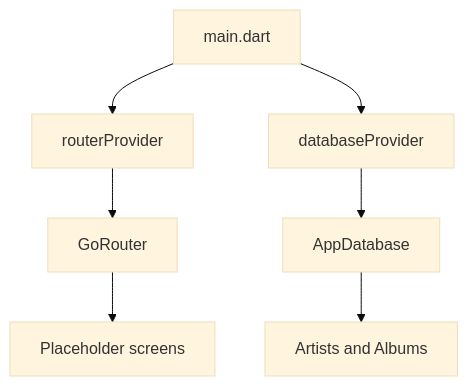
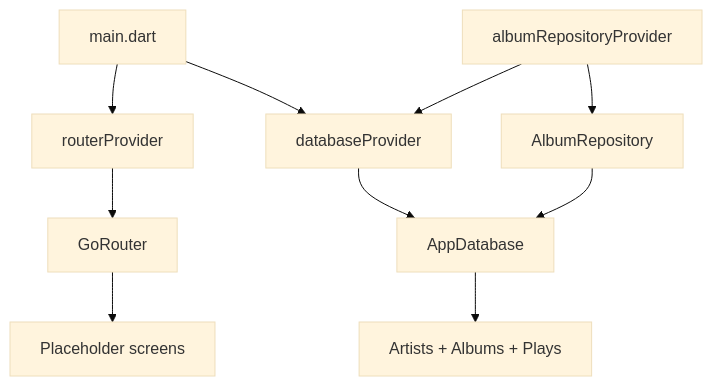
The second of 3 diagrams in docs/architecture/dependency-graph.md (hunter-goller/Groovefolio), drawn with Mermaid (base theme) before and after one commit. The commit also changed other lines of this file and 24 other files, not shown here.

First line of the commit message:
VinylApp-013: AlbumRepository (#21)

````diff
--- a/docs/architecture/dependency-graph.md
+++ b/docs/architecture/dependency-graph.md
@@ -43,17 +43,22 @@
 ```mermaid
 flowchart TD
     Main[main.dart]
     RouterProvider[routerProvider]
     DatabaseProvider[databaseProvider]
+    AlbumRepoProvider[albumRepositoryProvider]
     Router[GoRouter]
     Placeholders[Placeholder screens]
+    AlbumRepo[AlbumRepository]
     Database[AppDatabase]
-    Tables[Artists and Albums]
+    Tables[Artists + Albums + Plays]
 
     Main --> RouterProvider
     Main --> DatabaseProvider
     RouterProvider --> Router
     Router --> Placeholders
+    AlbumRepoProvider --> DatabaseProvider
+    AlbumRepoProvider --> AlbumRepo
+    AlbumRepo --> Database
     DatabaseProvider --> Database
     Database --> Tables
 ```
````
